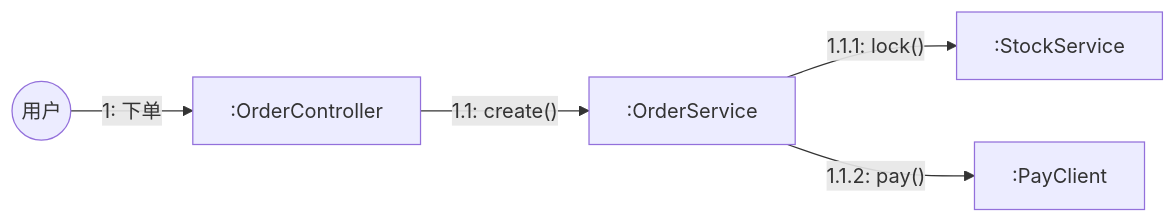
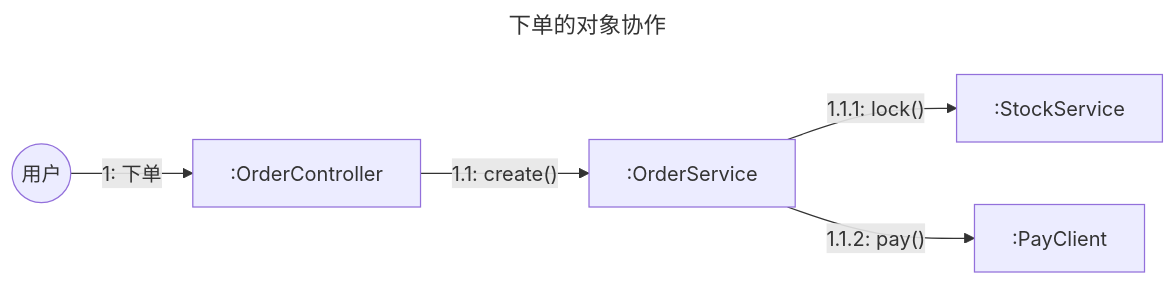
The sixth of 8 diagrams in references/types-flow.md (huang-hee/diagram-kit), drawn with Mermaid before and after one commit. The commit also changed other lines of this file and 248 other files, not shown here.

First line of the commit message:
feat: 示例按统一风格重做，补齐 42 张 drawio 整图示例，默认工具改为 drawio

````diff
--- a/references/types-flow.md
+++ b/references/types-flow.md
@@ -238,7 +253,10 @@
 ```mermaid
+---
+title: 下单的对象协作
+---
 flowchart LR
   U((用户)):::actor -- "1: 下单" --> C[:OrderController]:::object
   C -- "1.1: create()" --> S[:OrderService]:::object
   S -- "1.1.1: lock()" --> K[:StockService]:::object
   S -- "1.1.2: pay()" --> P[:PayClient]:::msg
 ```
````
